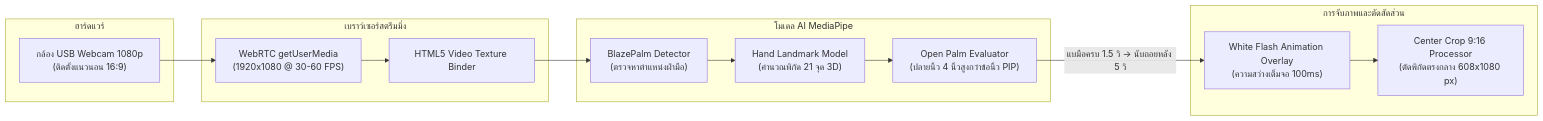
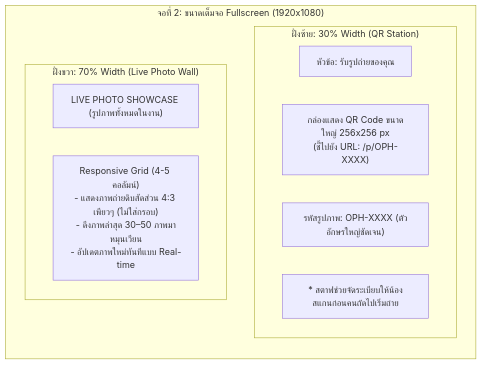
One commit to icelandz9/swu-openhouse changed the fourth of 4 diagrams in docs/task02-architecture/system-architecture-and-technical-design.md. Above: the diagram before and after it, drawn with Mermaid. The commit also changed other lines of this file and 13 other files, not shown here.

Commit message:
feat(arch): update docs and web scaffold for 3-screen topology (1 laptop + 2 external displays)

````diff
--- a/docs/task02-architecture/system-architecture-and-technical-design.md
+++ b/docs/task02-architecture/system-architecture-and-technical-design.md
@@ -154,30 +178,16 @@
 ```mermaid
 flowchart LR
-    subgraph HW["ฮาร์ดแวร์"]
-        Cam["กล้อง USB Webcam 1080p<br>(ติดตั้งแนวนอน 16:9)"]
+    subgraph Screen2Layout["จอที่ 2: ขนาดเต็มจอ Fullscreen (1920x1080)"]
+        subgraph ColLeft["ฝั่งซ้าย: 30% Width (QR Station)"]
+            QR_Title["หัวข้อ: รับรูปถ่ายของคุณ"]
+            QR_Box["กล่องแสดง QR Code ขนาดใหญ่ 256x256 px<br>(ชี้ไปยัง URL: /p/OPH-XXXX)"]
+            Code_Box["รหัสรูปภาพ: OPH-XXXX (ตัวอักษรใหญ่ชัดเจน)"]
+            Queue_Note["* สตาฟช่วยจัดระเบียบให้น้องสแกนก่อนคนถัดไปเริ่มถ่าย"]
+        end
+
+        subgraph ColRight["ฝั่งขวา: 70% Width (Live Photo Wall)"]
+            Wall_Header["LIVE PHOTO SHOWCASE (รูปภาพทั้งหมดในงาน)"]
+            Wall_Grid["Responsive Grid (4-5 คอลัมน์)<br>- แสดงภาพถ่ายดิบสัดส่วน 4:3 เพียวๆ (ไม่ใส่กรอบ)<br>- ดึงภาพล่าสุด 30–50 ภาพมาหมุนเวียน<br>- อัปเดตภาพใหม่ทันทีแบบ Real-time"]
+        end
     end
-
-    subgraph BrowserStream["เบราว์เซอร์สตรีมมิ่ง"]
-        Stream["WebRTC getUserMedia<br>(1920x1080 @ 30-60 FPS)"]
-        VideoElement["HTML5 Video Texture Binder"]
-    end
-
-    subgraph AI_Engine["โมเดล AI MediaPipe"]
-        BlazePalm["BlazePalm Detector<br>(ตรวจหาตำแหน่งฝ่ามือ)"]
-        Landmarker["Hand Landmark Model<br>(คำนวณพิกัด 21 จุด 3D)"]
-        GestureLogic["Open Palm Evaluator<br>(ปลายนิ้ว 4 นิ้วสูงกว่าข้อนิ้ว PIP)"]
-    end
-
-    subgraph CaptureEngine["การจับภาพและตัดสัดส่วน"]
-        Crop916["Center Crop 9:16 Processor<br>(ตัดพิกัดตรงกลาง 608x1080 px)"]
-        WhiteFlash["White Flash Animation Overlay<br>(ความสว่างเต็มจอ 100ms)"]
-    end
-
-    Cam --> Stream
-    Stream --> VideoElement
-    VideoElement --> BlazePalm
-    BlazePalm --> Landmarker
-    Landmarker --> GestureLogic
-    GestureLogic -->|"แบมือครบ 1.5 วิ → นับถอยหลัง 5 วิ"| WhiteFlash
-    WhiteFlash --> Crop916
 ```
````
